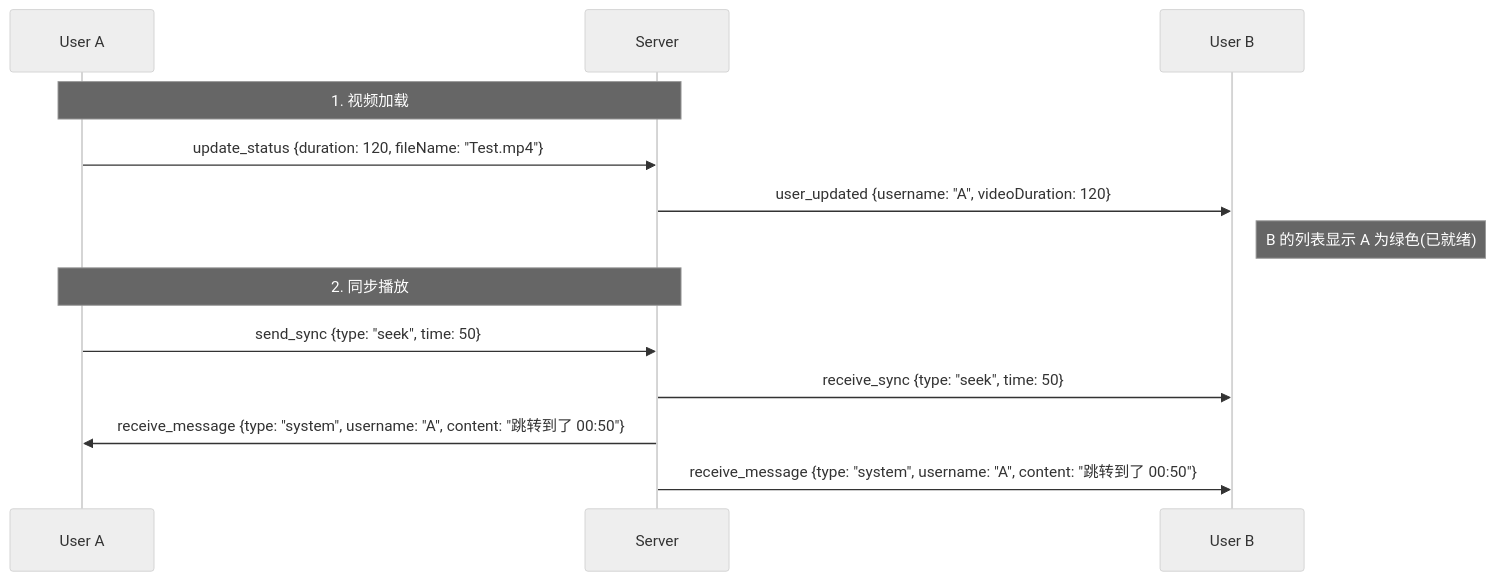
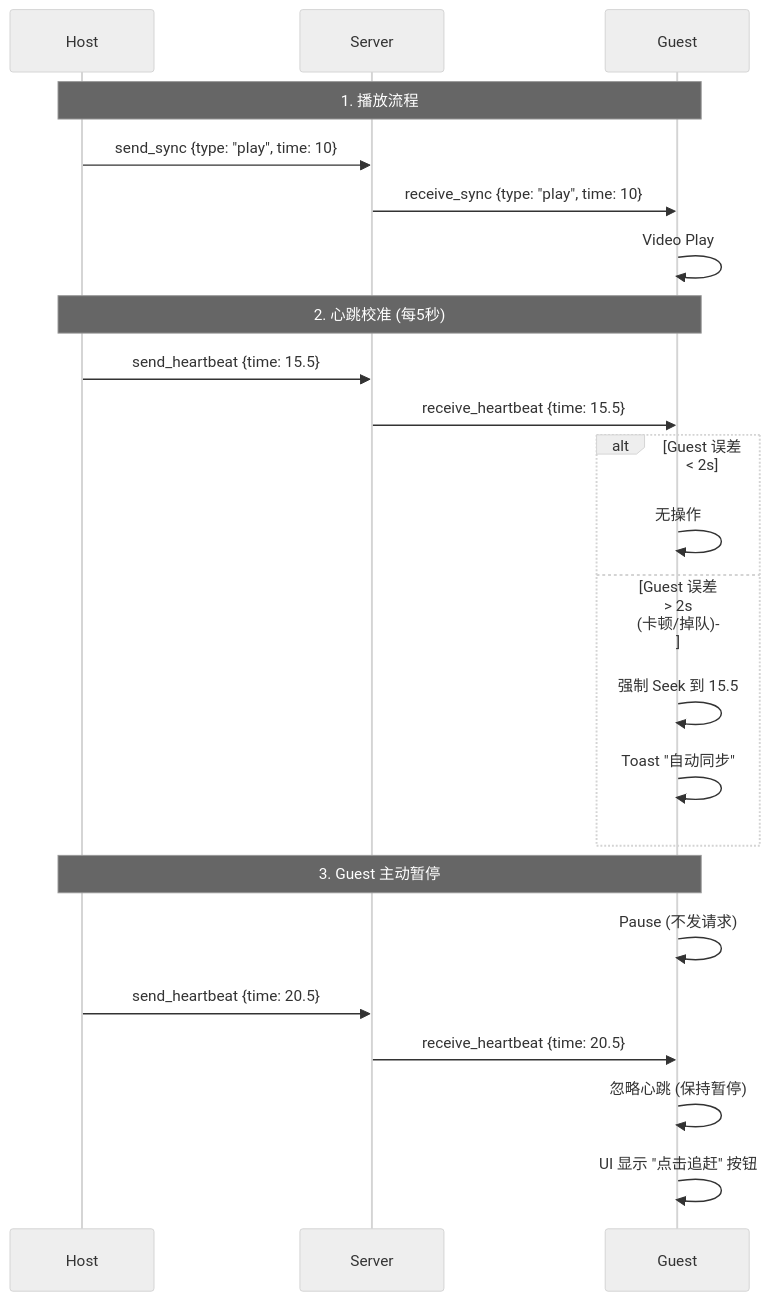
The diagram in docs/COMMUNICATION_PROTOCOL.md (hhfy7/local-party-next), drawn with Mermaid (neutral theme) before and after one commit. The commit also changed other lines of this file and 12 other files, not shown here.

````diff
--- a/docs/COMMUNICATION_PROTOCOL.md
+++ b/docs/COMMUNICATION_PROTOCOL.md
@@ -150,17 +94,29 @@
 ```mermaid
 sequenceDiagram
-    participant A as User A
+    participant H as Host
     participant S as Server
-    participant B as User B
+    participant G as Guest
 
-    Note over A, S: 1. 视频加载
-    A->>S: update_status {duration: 120, fileName: "Test.mp4"}
-    S->>B: user_updated {username: "A", videoDuration: 120}
-    Note right of B: B 的列表显示 A 为绿色(已就绪)
+    Note over H, G: 1. 播放流程
+    H->>S: send_sync {type: "play", time: 10}
+    S->>G: receive_sync {type: "play", time: 10}
+    G->>G: Video Play
 
-    Note over A, S: 2. 同步播放
-    A->>S: send_sync {type: "seek", time: 50}
-    S->>B: receive_sync {type: "seek", time: 50}
-    S->>A: receive_message {type: "system", username: "A", content: "跳转到了 00:50"}
-    S->>B: receive_message {type: "system", username: "A", content: "跳转到了 00:50"}
+    Note over H, G: 2. 心跳校准 (每5秒)
+    H->>S: send_heartbeat {time: 15.5}
+    S->>G: receive_heartbeat {time: 15.5}
+    
+    alt Guest 误差 < 2s
+        G->>G: 无操作
+    else Guest 误差 > 2s (卡顿/掉队)
+        G->>G: 强制 Seek 到 15.5
+        G->>G: Toast "自动同步"
+    end
+
+    Note over H, G: 3. Guest 主动暂停
+    G->>G: Pause (不发请求)
+    H->>S: send_heartbeat {time: 20.5}
+    S->>G: receive_heartbeat {time: 20.5}
+    G->>G: 忽略心跳 (保持暂停)
+    G->>G: UI 显示 "点击追赶" 按钮
 ```
````
